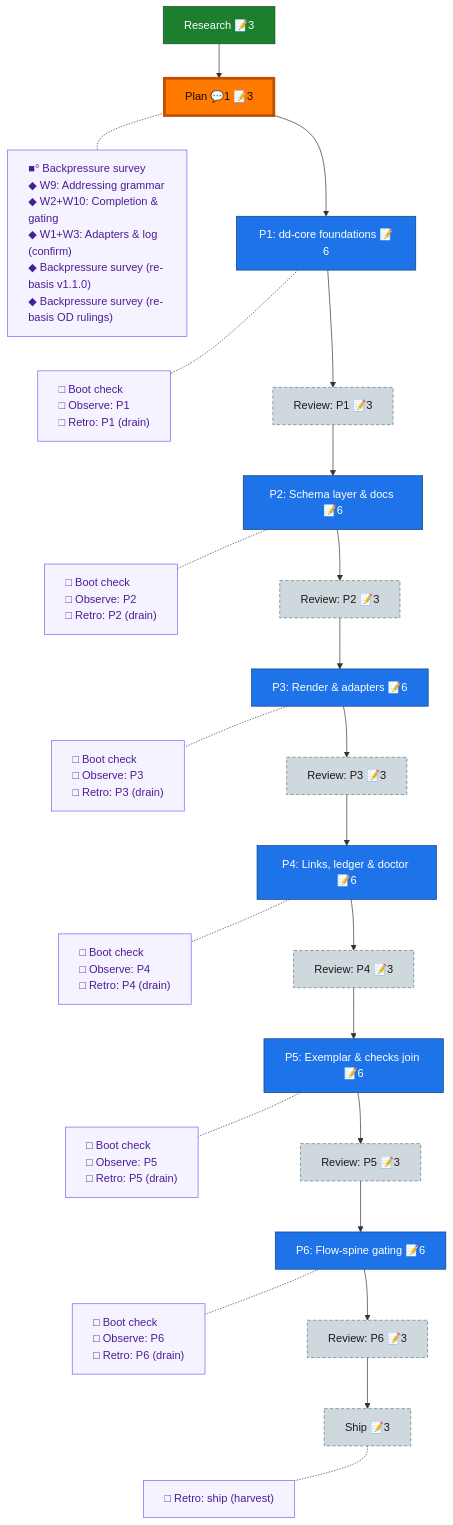
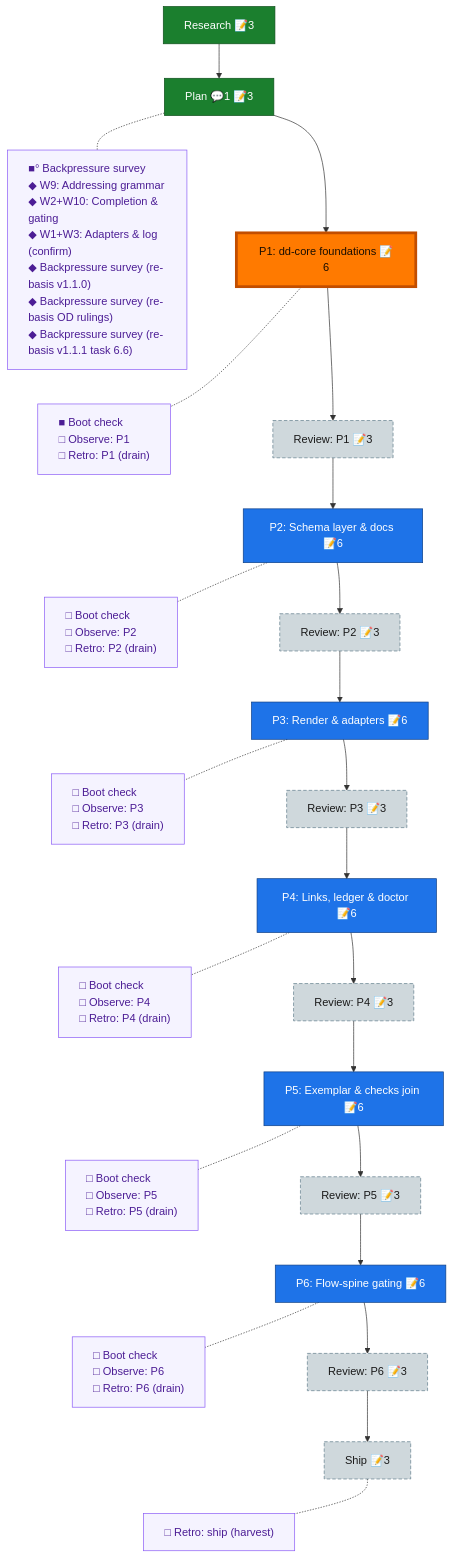
The diagram in docs/plans/065-deterministic-documents/the-flow.md (AI-Substrate/harness-engineering), drawn with Mermaid before and after one commit. The commit also changed other lines of this file and 1 other file, not shown here.

Commit message:
docs(065): flow — backpressure re-receipt node at v1.1.1 basis e1318b51

````diff
--- a/docs/plans/065-deterministic-documents/the-flow.md
+++ b/docs/plans/065-deterministic-documents/the-flow.md
@@ -8,49 +8,50 @@
 ```mermaid
 flowchart TD
     research["Research 📝3"]:::done
     plan["Plan 💬1 📝3"]:::done
-    phase_1["P1: dd-core foundations 📝6"]:::known
+    phase_1["P1: dd-core foundations 📝6"]:::wip
     review_1["Review: P1 📝3"]:::assumed
     phase_2["P2: Schema layer & docs 📝6"]:::known
     review_2["Review: P2 📝3"]:::assumed
     phase_3["P3: Render & adapters 📝6"]:::known
     review_3["Review: P3 📝3"]:::assumed
     phase_4["P4: Links, ledger & doctor 📝6"]:::known
     review_4["Review: P4 📝3"]:::assumed
     phase_5["P5: Exemplar & checks join 📝6"]:::known
     review_5["Review: P5 📝3"]:::assumed
     phase_6["P6: Flow-spine gating 📝6"]:::known
     review_6["Review: P6 📝3"]:::assumed
     ship["Ship 📝3"]:::assumed
 
     research --> plan --> phase_1 --> review_1 --> phase_2 --> review_2 --> phase_3 --> review_3 --> phase_4 --> review_4 --> phase_5 --> review_5 --> phase_6 --> review_6 --> ship
 
-    planC["■° Backpressure survey<br/>◆ W9: Addressing grammar<br/>◆ W2+W10: Completion & gating<br/>◆ W1+W3: Adapters & log (confirm)<br/>◆ Backpressure survey (re-basis v1.1.0)<br/>◆ Backpressure survey (re-basis OD rulings)"]:::chore
-    phase_1C["□ Boot check<br/>□ Observe: P1<br/>□ Retro: P1 (drain)"]:::chore
+    planC["■° Backpressure survey<br/>◆ W9: Addressing grammar<br/>◆ W2+W10: Completion & gating<br/>◆ W1+W3: Adapters & log (confirm)<br/>◆ Backpressure survey (re-basis v1.1.0)<br/>◆ Backpressure survey (re-basis OD rulings)<br/>◆ Backpressure survey (re-basis v1.1.1 task 6.6)"]:::chore
+    phase_1C["■ Boot check<br/>□ Observe: P1<br/>□ Retro: P1 (drain)"]:::chore
     phase_2C["□ Boot check<br/>□ Observe: P2<br/>□ Retro: P2 (drain)"]:::chore
     phase_3C["□ Boot check<br/>□ Observe: P3<br/>□ Retro: P3 (drain)"]:::chore
     phase_4C["□ Boot check<br/>□ Observe: P4<br/>□ Retro: P4 (drain)"]:::chore
     phase_5C["□ Boot check<br/>□ Observe: P5<br/>□ Retro: P5 (drain)"]:::chore
     phase_6C["□ Boot check<br/>□ Observe: P6<br/>□ Retro: P6 (drain)"]:::chore
     shipC["□ Retro: ship (harvest)"]:::chore
 
     %% invisible chain holds the gutter boxes in their own column
     planC ~~~ phase_1C ~~~ phase_2C ~~~ phase_3C ~~~ phase_4C ~~~ phase_5C ~~~ phase_6C ~~~ shipC
 
     %% dotted links pull each gutter box beside its node
     plan -.- planC
     phase_1 -.- phase_1C
     phase_2 -.- phase_2C
     phase_3 -.- phase_3C
     phase_4 -.- phase_4C
     phase_5 -.- phase_5C
     phase_6 -.- phase_6C
     ship -.- shipC
 
     classDef done fill:#1B7F2E,stroke:#0F4F1B,color:#fff;
+    classDef wip fill:#43C04A,stroke:#1B7F2E,color:#04210A;
     classDef known fill:#1E73E8,stroke:#0D3F86,color:#fff;
     classDef assumed fill:#CFD8DC,stroke:#607D8B,color:#1a1a1a,stroke-dasharray:5 3;
     classDef chore fill:#f5f3ff,stroke:#8b5cf6,color:#4c1d95,text-align:left;
     classDef current fill:#FF7A00,stroke:#C24E00,color:#1a0e00,stroke-width:4px;
-    class plan current;
+    class phase_1 current;
 ```
````
